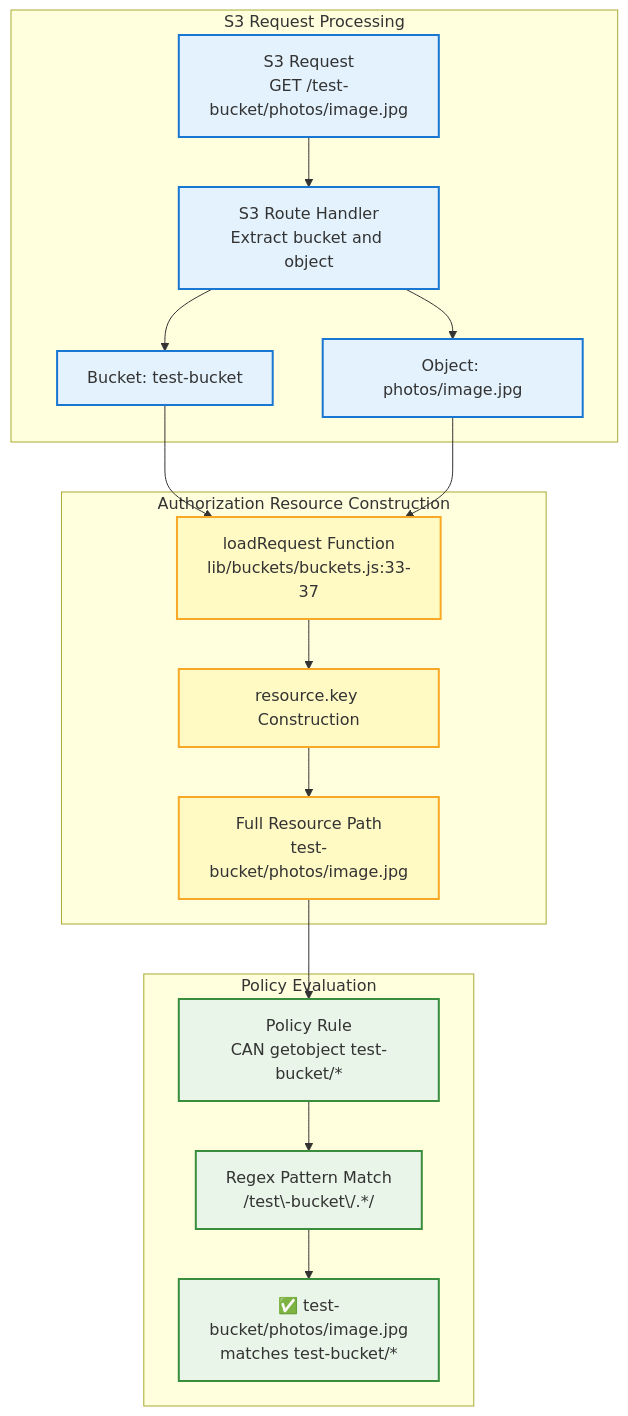
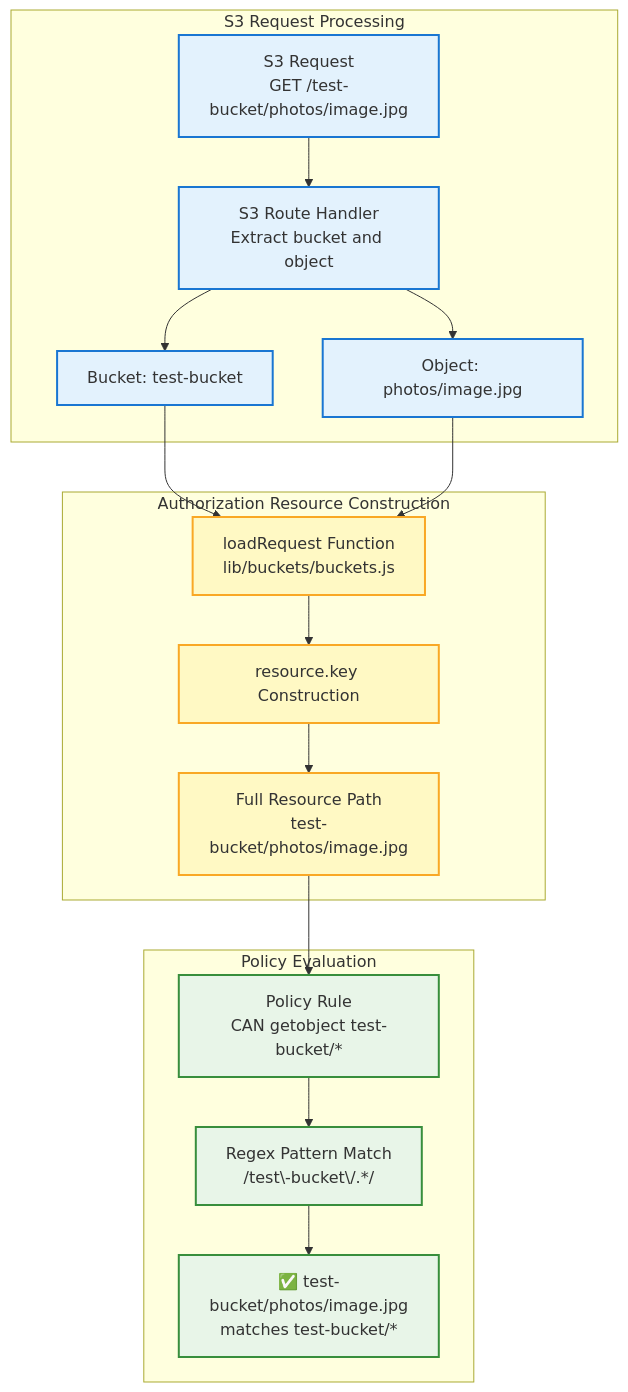
One commit to TritonDataCenter/manta-buckets-api changed diagram 22 of 23 in docs/architecture.md. Above: the diagram before and after it, drawn with Mermaid. The commit also changed 2 other files, not shown here.

Commit message:
Remove line number references from docs
Line numbers in documentation become stale as code changes.
Removed line number references while keeping file paths for
useful context.

Changes:
- docs/architecture.md: Removed :33-37 from mermaid diagram reference
- docs/CHG-006-NAMING-PATTERNS.md: Removed line numbers from stack traces
- docs/NAMED-FUNCTIONS-REFACTORING.md: Removed line numbers from stack traces

Before: lib/s3-routes.js:212
After:  lib/s3-routes.js

File references remain useful for locating code, but specific
line numbers are fragile and require constant maintenance.

🤖 Generated with [Claude Code](https://claude.com/claude-code)

````diff
--- a/docs/architecture.md
+++ b/docs/architecture.md
@@ -1241,42 +1241,42 @@
 ```mermaid
 graph TB
     subgraph "S3 Request Processing"
         Request[S3 Request<br/>GET /test-bucket/photos/image.jpg]
         RouteHandler[S3 Route Handler<br/>Extract bucket and object]
         BucketName[Bucket: test-bucket]
         ObjectName[Object: photos/image.jpg]
     end
     
     subgraph "Authorization Resource Construction"
-        LoadRequest[loadRequest Function<br/>lib/buckets/buckets.js:33-37]
+        LoadRequest[loadRequest Function<br/>lib/buckets/buckets.js]
         ResourceKey[resource.key Construction]
         FullPath[Full Resource Path<br/>test-bucket/photos/image.jpg]
     end
     
     subgraph "Policy Evaluation"
         PolicyRule[Policy Rule<br/>CAN getobject test-bucket/*]
         RegexMatch[Regex Pattern Match<br/>/test\-bucket\/.*/]
         MatchResult[✅ test-bucket/photos/image.jpg<br/>matches test-bucket/*]
     end
     
     Request --> RouteHandler
     RouteHandler --> BucketName
     RouteHandler --> ObjectName
     
     BucketName --> LoadRequest
     ObjectName --> LoadRequest
     LoadRequest --> ResourceKey
     ResourceKey --> FullPath
     
     FullPath --> PolicyRule
     PolicyRule --> RegexMatch
     RegexMatch --> MatchResult
     
     classDef requestNode fill:#E3F2FD,stroke:#1976D2,stroke-width:2px
     classDef processNode fill:#FFF9C4,stroke:#F9A825,stroke-width:2px
     classDef policyNode fill:#E8F5E8,stroke:#388E3C,stroke-width:2px
     
     class Request,RouteHandler,BucketName,ObjectName requestNode
     class LoadRequest,ResourceKey,FullPath processNode
     class PolicyRule,RegexMatch,MatchResult policyNode
 ```
````
